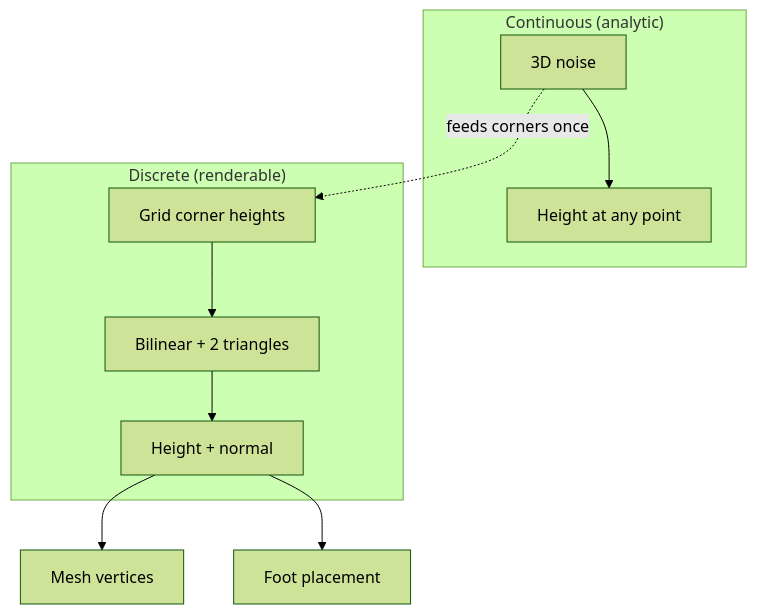
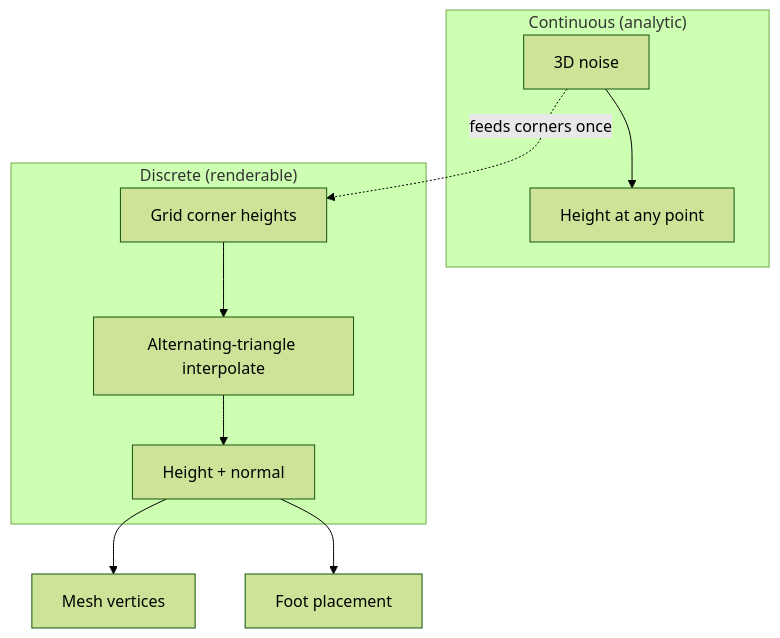
One commit to AlanGreyjoy/claudecitizen changed the fifth of 8 diagrams in docs/docs/engineering/planet.md. Above: the diagram before and after it, drawn with Mermaid (forest theme). The commit also changed other lines of this file and 167 other files, not shown here.

````diff
--- a/docs/docs/engineering/planet.md
+++ b/docs/docs/engineering/planet.md
@@ -135,13 +137,13 @@
 ```mermaid
 flowchart TB
   subgraph continuous ["Continuous (analytic)"]
     N[3D noise] --> H1["Height at any point"]
   end
   subgraph discrete ["Discrete (renderable)"]
-    G["Grid corner heights"] --> B["Bilinear + 2 triangles"]
+    G["Grid corner heights"] --> B["Alternating-triangle interpolate"]
     B --> H2["Height + normal"]
   end
   H2 --> M[Mesh vertices]
   H2 --> F[Foot placement]
   N -.->|"feeds corners once"| G
 ```
````
